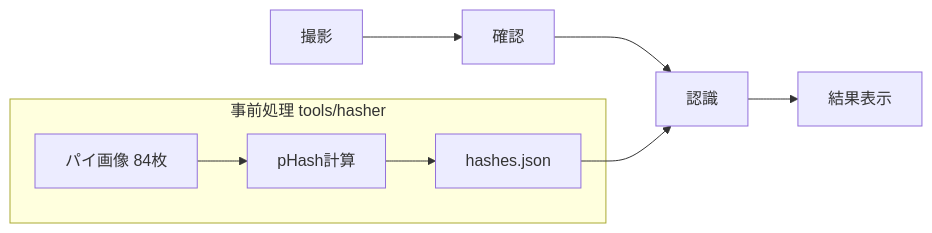
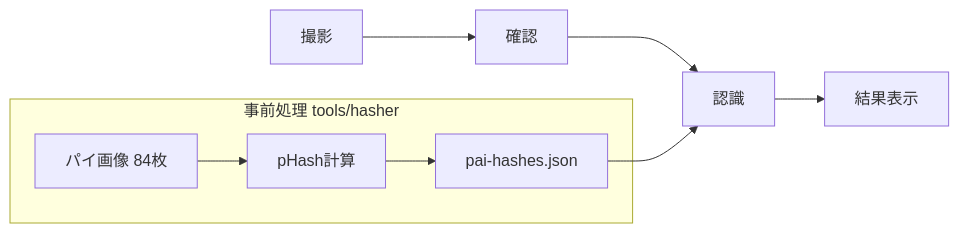
The first of 10 diagrams in docs/design/pie-recognition/dataflow.md (shokkunrf/nanjara), drawn with Mermaid before and after one commit. The commit also changed other lines of this file and 21 other files, not shown here.

````diff
--- a/docs/design/pie-recognition/dataflow.md
+++ b/docs/design/pie-recognition/dataflow.md
@@ -18,13 +19,13 @@
 ```mermaid
 flowchart LR
     A[撮影] --> B[確認]
     B --> C[認識]
     C --> D[結果表示]
 
     subgraph 事前処理[事前処理 tools/hasher]
         E[パイ画像 84枚] --> F[pHash計算]
-        F --> G[hashes.json]
+        F --> G[pai-hashes.json]
     end
 
     G --> C
 ```
````
